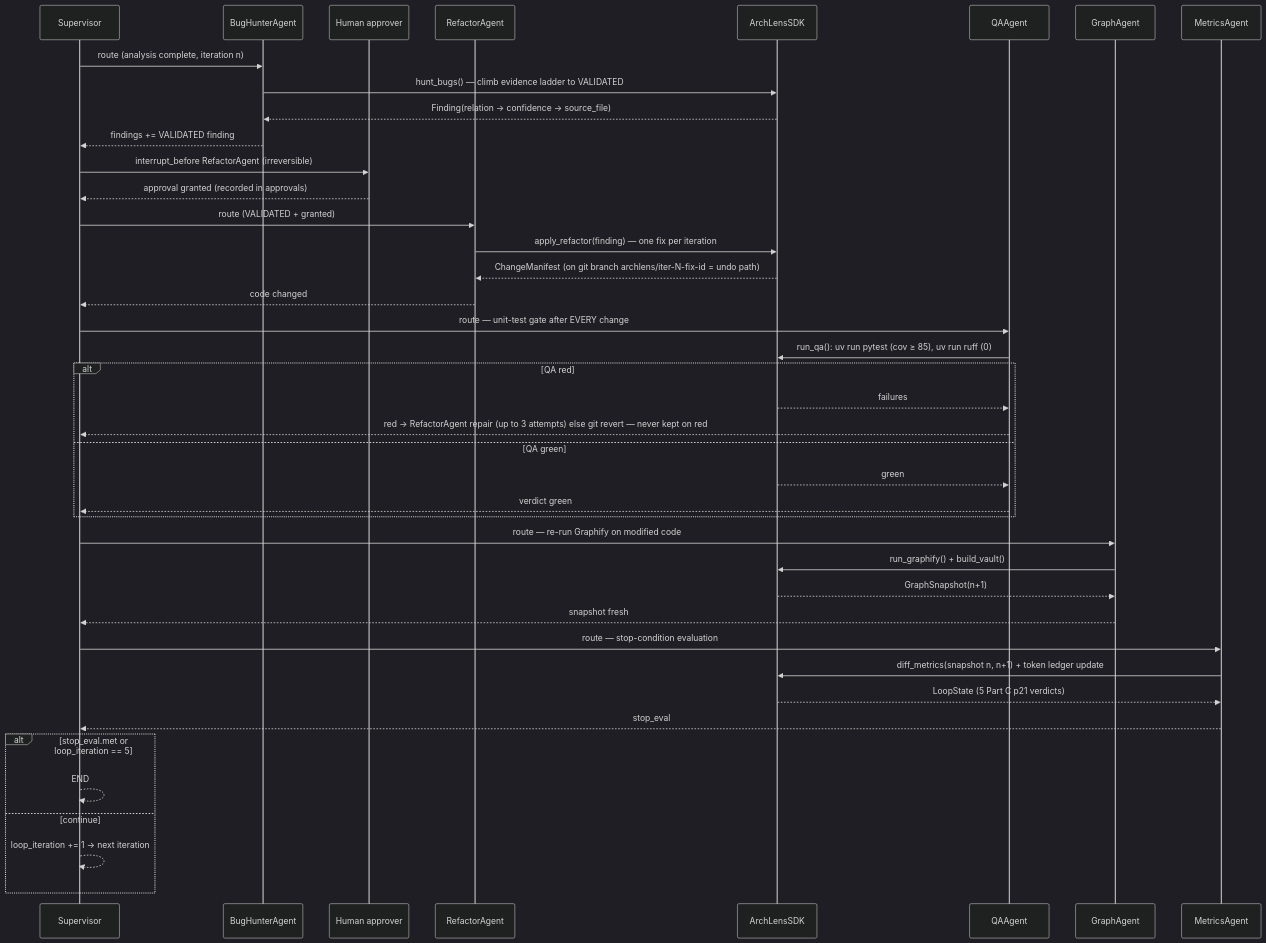
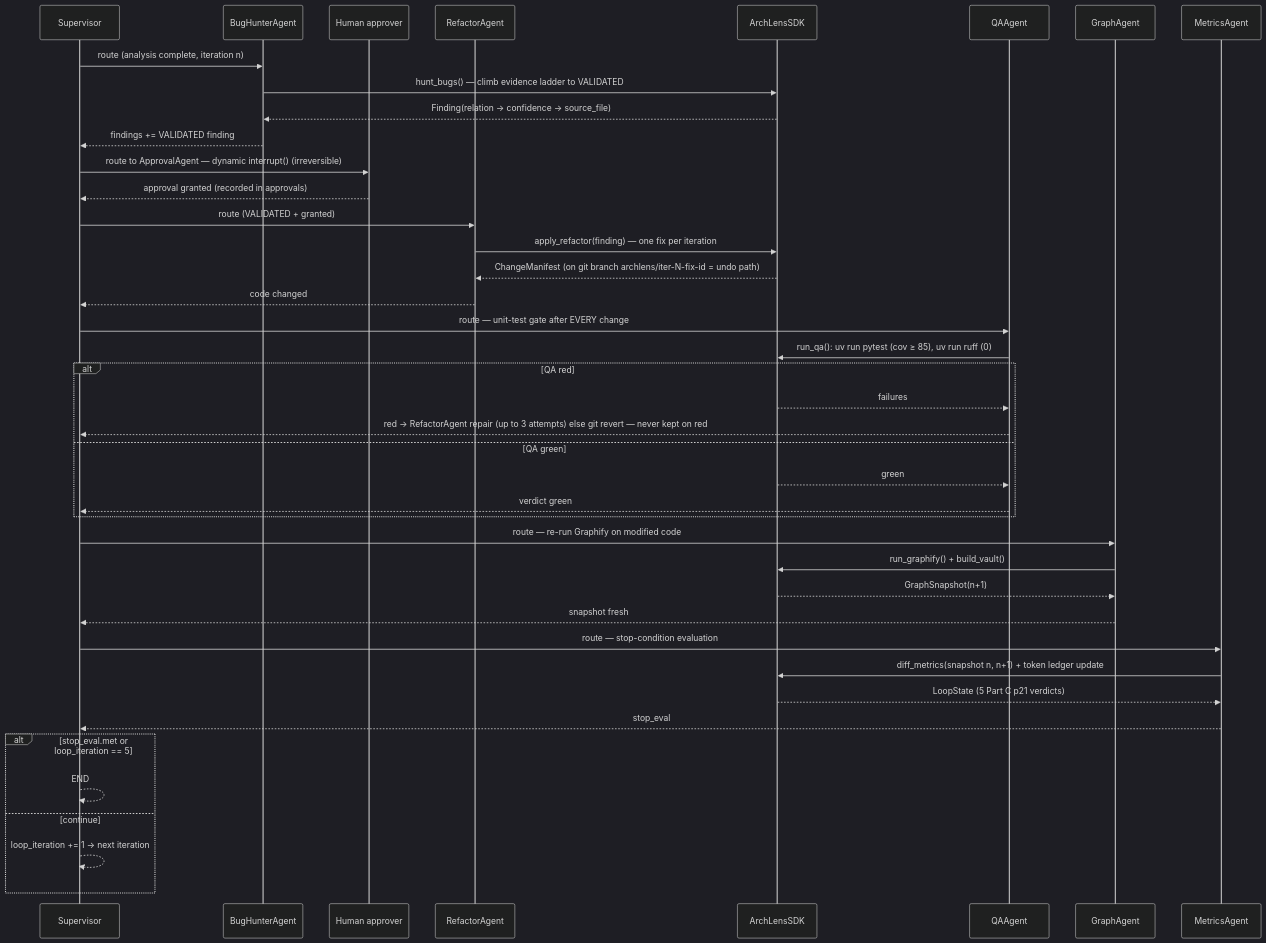
Before and after one commit to SharbelMaroun/AI-Agent-Orchestration-HW4: the fifth of 7 diagrams in docs/PLAN.md, drawn with Mermaid (dark theme). The commit also changed other lines of this file and 37 other files, not shown here.

First line of the commit message:
fix(ex04): close the strict-eval integrity gaps (guardrail, token provenance, diagrams)

````diff
--- a/docs/PLAN.md
+++ b/docs/PLAN.md
@@ -226,44 +226,44 @@
 ```mermaid
 sequenceDiagram
     participant SUP as Supervisor
     participant BH as BugHunterAgent
     participant HUM as Human approver
     participant RF as RefactorAgent
     participant SDK as ArchLensSDK
     participant QA as QAAgent
     participant GA as GraphAgent
     participant MA as MetricsAgent
 
     SUP->>BH: route (analysis complete, iteration n)
     BH->>SDK: hunt_bugs() — climb evidence ladder to VALIDATED
     SDK-->>BH: Finding(relation → confidence → source_file)
     BH-->>SUP: findings += VALIDATED finding
-    SUP->>HUM: interrupt_before RefactorAgent (irreversible)
+    SUP->>HUM: route to ApprovalAgent — dynamic interrupt() (irreversible)
     HUM-->>SUP: approval granted (recorded in approvals)
     SUP->>RF: route (VALIDATED + granted)
     RF->>SDK: apply_refactor(finding) — one fix per iteration
     SDK-->>RF: ChangeManifest (on git branch archlens/iter-N-fix-id = undo path)
     RF-->>SUP: code changed
     SUP->>QA: route — unit-test gate after EVERY change
     QA->>SDK: run_qa(): uv run pytest (cov ≥ 85), uv run ruff (0)
     alt QA red
         SDK-->>QA: failures
         QA-->>SUP: red → RefactorAgent repair (up to 3 attempts) else git revert — never kept on red
     else QA green
         SDK-->>QA: green
         QA-->>SUP: verdict green
     end
     SUP->>GA: route — re-run Graphify on modified code
     GA->>SDK: run_graphify() + build_vault()
     SDK-->>GA: GraphSnapshot(n+1)
     GA-->>SUP: snapshot fresh
     SUP->>MA: route — stop-condition evaluation
     MA->>SDK: diff_metrics(snapshot n, n+1) + token ledger update
     SDK-->>MA: LoopState (5 Part C p21 verdicts)
     MA-->>SUP: stop_eval
     alt stop_eval.met or loop_iteration == 5
         SUP-->>SUP: END
     else continue
         SUP-->>SUP: loop_iteration += 1 → next iteration
     end
 ```
````
